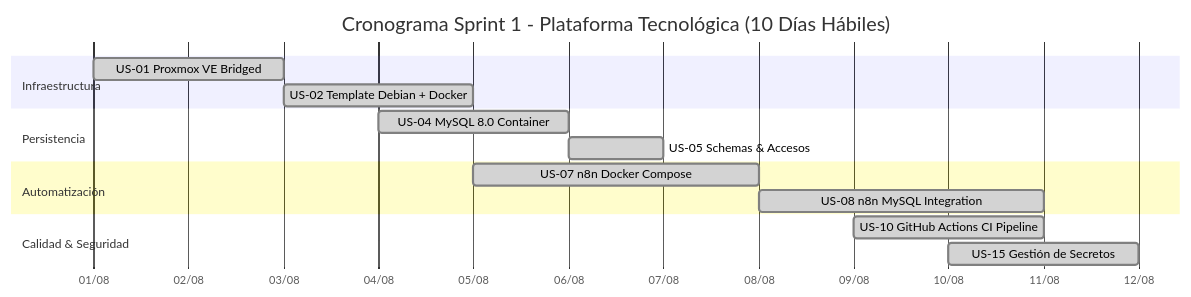
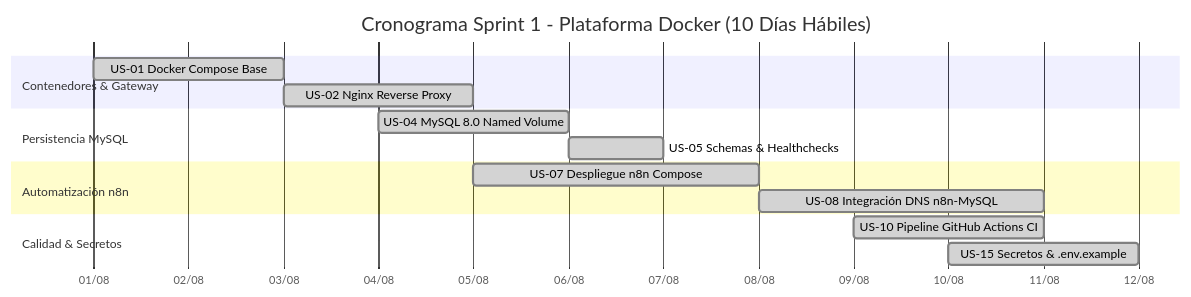
Before and after one commit to mmarcoschambi/apu-hia-26: the second of 3 diagrams in docs/informe_tp_scrum_2026.md, drawn with Mermaid. The commit also changed other lines of this file and 3 other files, not shown here.

Commit message:
feat: migrate project architecture to pure docker compose stack and align scrum metrics

````diff
--- a/docs/informe_tp_scrum_2026.md
+++ b/docs/informe_tp_scrum_2026.md
@@ -409,18 +405,18 @@
 ```mermaid
 gantt
-    title Cronograma Sprint 1 - Plataforma Tecnológica (10 Días Hábiles)
+    title Cronograma Sprint 1 - Plataforma Docker (10 Días Hábiles)
     dateFormat  YYYY-MM-DD
     axisFormat  %d/%m
-    section Infraestructura
-    US-01 Proxmox VE Bridged         :done, des1, 2026-08-01, 2026-08-03
-    US-02 Template Debian + Docker   :done, des2, 2026-08-03, 2026-08-05
-    section Persistencia
-    US-04 MySQL 8.0 Container        :done, des3, 2026-08-04, 2026-08-06
-    US-05 Schemas & Accesos          :done, des4, 2026-08-06, 2026-08-07
-    section Automatización
-    US-07 n8n Docker Compose         :done, des5, 2026-08-05, 2026-08-08
-    US-08 n8n MySQL Integration      :done, des6, 2026-08-08, 2026-08-11
-    section Calidad & Seguridad
-    US-10 GitHub Actions CI Pipeline :done, des7, 2026-08-09, 2026-08-11
-    US-15 Gestión de Secretos        :done, des8, 2026-08-10, 2026-08-12
+    section Contenedores & Gateway
+    US-01 Docker Compose Base         :done, t1, 2026-08-01, 2026-08-03
+    US-02 Nginx Reverse Proxy         :done, t2, 2026-08-03, 2026-08-05
+    section Persistencia MySQL
+    US-04 MySQL 8.0 Named Volume      :done, t3, 2026-08-04, 2026-08-06
+    US-05 Schemas & Healthchecks      :done, t4, 2026-08-06, 2026-08-07
+    section Automatización n8n
+    US-07 Despliegue n8n Compose      :done, t5, 2026-08-05, 2026-08-08
+    US-08 Integración DNS n8n-MySQL   :done, t6, 2026-08-08, 2026-08-11
+    section Calidad & Secretos
+    US-10 Pipeline GitHub Actions CI  :done, t7, 2026-08-09, 2026-08-11
+    US-15 Secretos & .env.example     :done, t8, 2026-08-10, 2026-08-12
 ```
````
